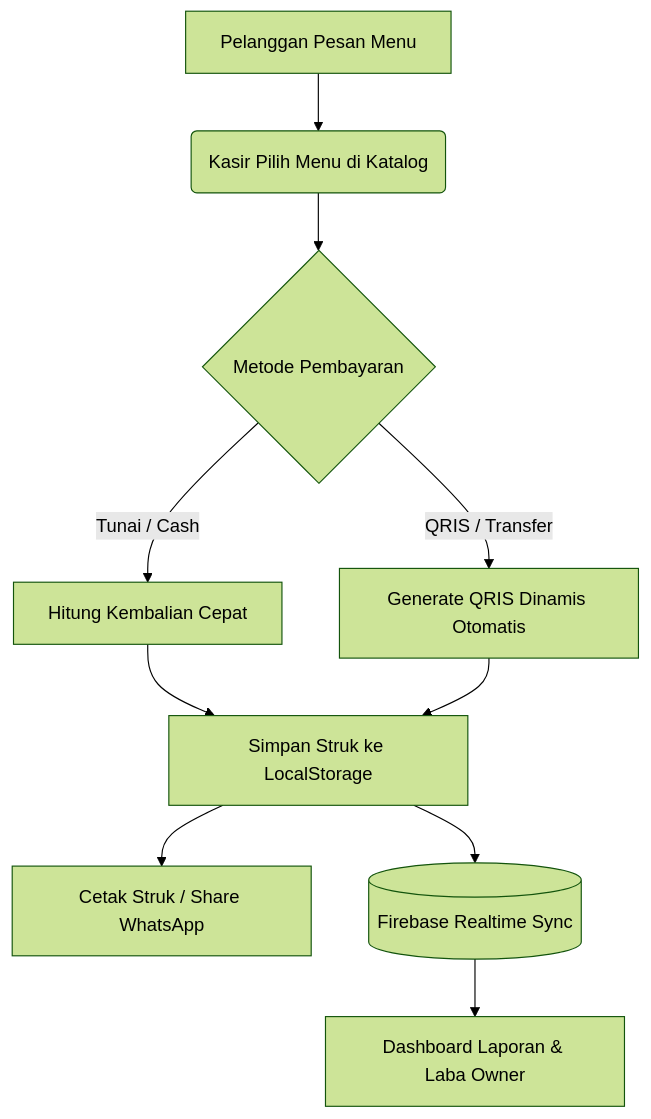
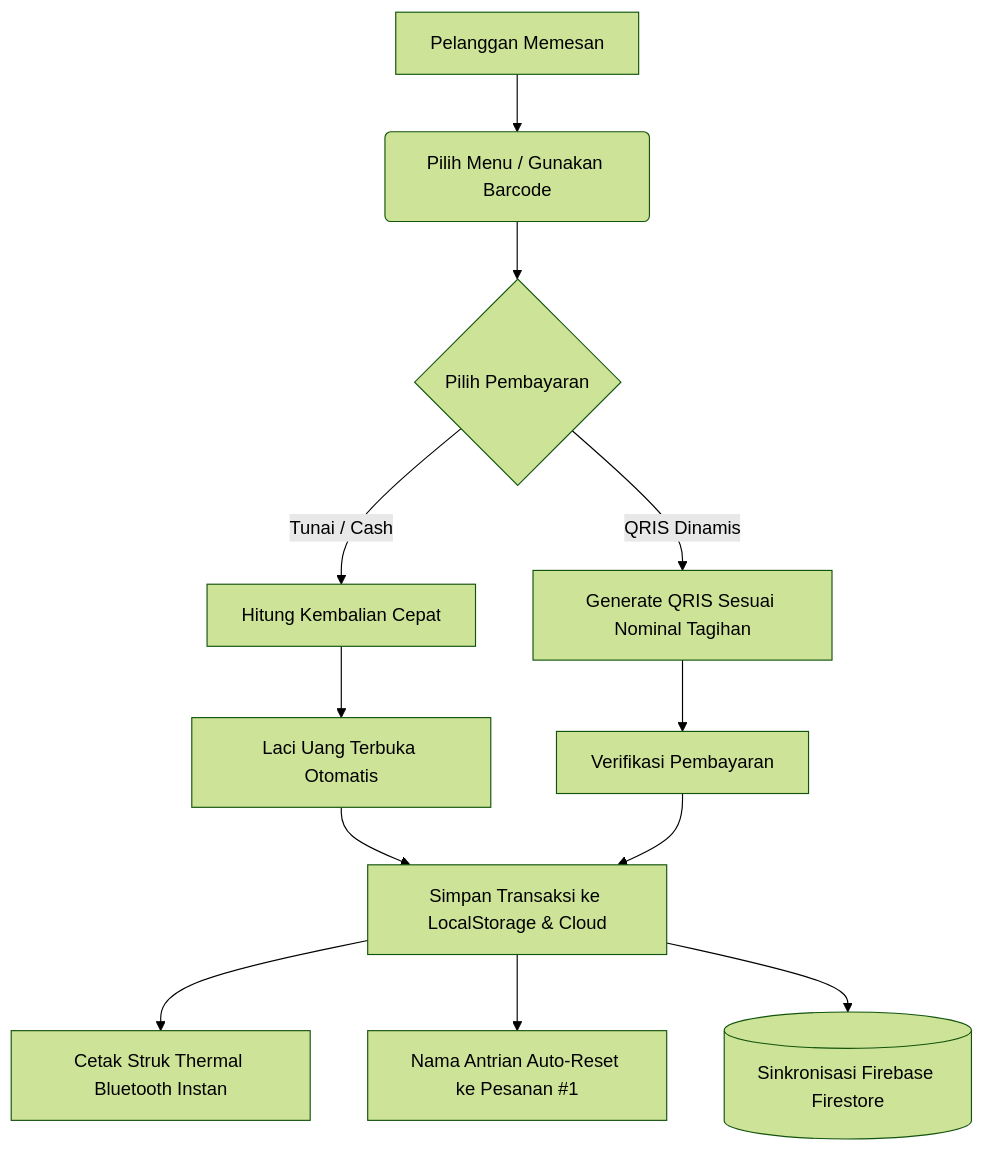
The diagram in README.md (miezlearning/umkm-prototype), drawn with Mermaid (forest theme) before and after one commit. The commit also changed other lines of this file, not shown here.

Commit message:
docs: update README.md with comprehensive v1.1.0 changelog, architecture, and features

````diff
--- a/README.md
+++ b/README.md
@@ -31,12 +65,14 @@
 ```mermaid
 graph TD
-    A[Pelanggan Pesan Menu] --> B(Kasir Pilih Menu di Katalog)
-    B --> C{Metode Pembayaran}
+    A[Pelanggan Memesan] --> B(Pilih Menu / Gunakan Barcode)
+    B --> C{Pilih Pembayaran}
     C -->|Tunai / Cash| D[Hitung Kembalian Cepat]
-    C -->|QRIS / Transfer| E[Generate QRIS Dinamis Otomatis]
-    D --> F[Simpan Struk ke LocalStorage]
-    E --> F
-    F --> G[Cetak Struk / Share WhatsApp]
-    F --> H[(Firebase Realtime Sync)]
-    H --> I[Dashboard Laporan & Laba Owner]
+    C -->|QRIS Dinamis| E[Generate QRIS Sesuai Nominal Tagihan]
+    D --> F[Laci Uang Terbuka Otomatis]
+    E --> G[Verifikasi Pembayaran]
+    F --> H[Simpan Transaksi ke LocalStorage & Cloud]
+    G --> H
+    H --> I[Cetak Struk Thermal Bluetooth Instan]
+    H --> J[Nama Antrian Auto-Reset ke Pesanan #1]
+    H --> K[(Sinkronisasi Firebase Firestore)]
 ```
````
